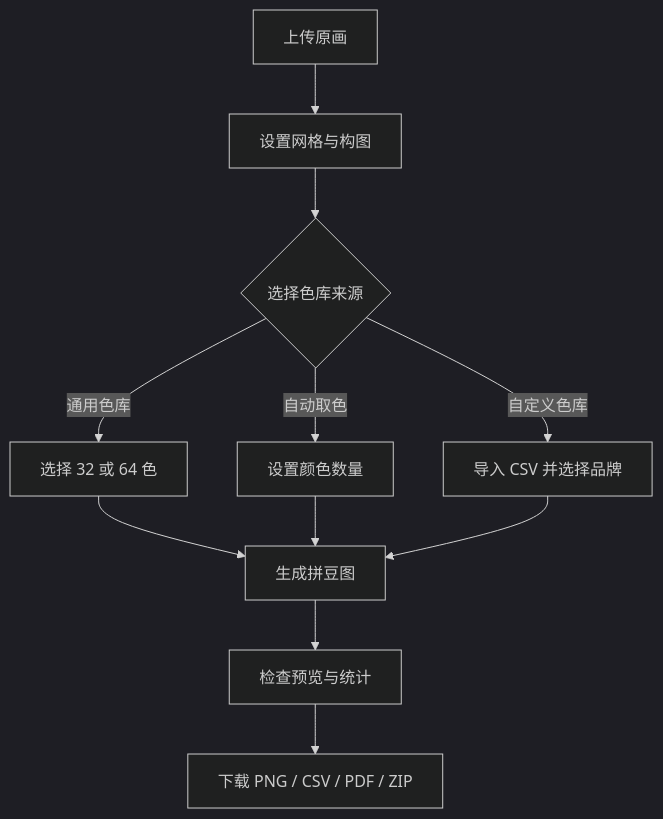
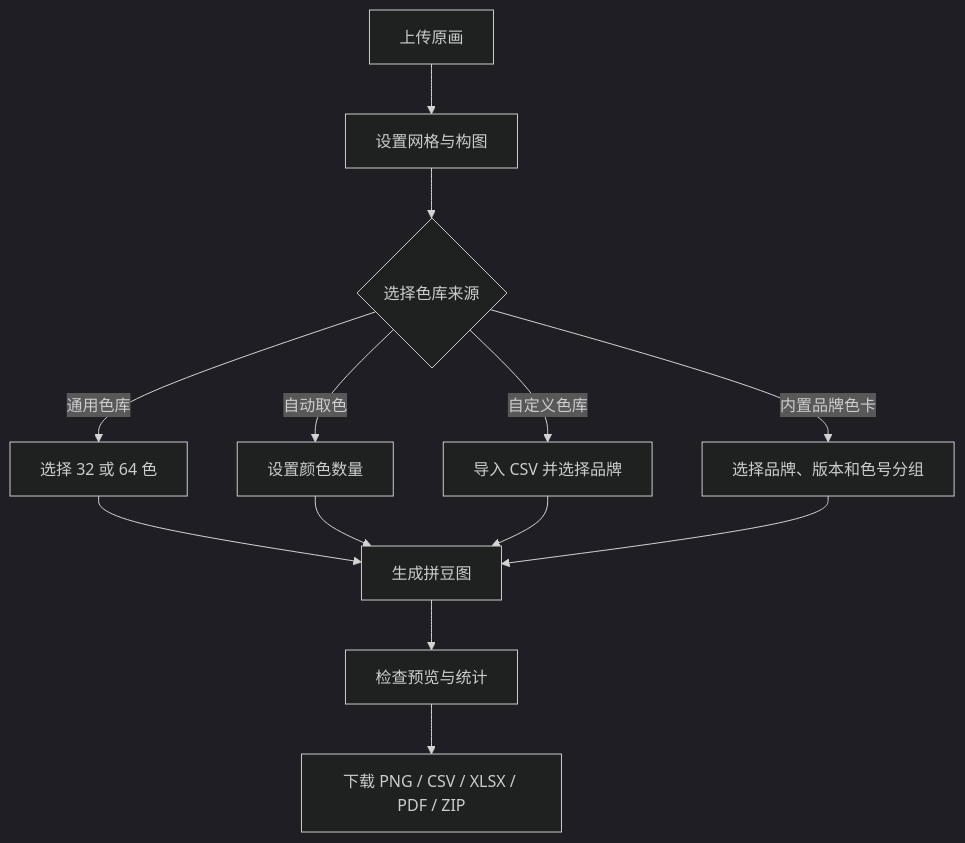
One commit to JackLee889/bead-maker changed the diagram in docs/PRD.md. Above: the diagram before and after it, drawn with Mermaid (dark theme). The commit also changed other lines of this file and 36 other files, not shown here.

````diff
--- a/docs/PRD.md
+++ b/docs/PRD.md
@@ -67,13 +68,15 @@
 ```mermaid
 flowchart TD
     A[上传原画] --> B[设置网格与构图]
     B --> C{选择色库来源}
     C -->|通用色库| D[选择 32 或 64 色]
+    C -->|内置品牌色卡| J[选择品牌、版本和色号分组]
     C -->|自动取色| E[设置颜色数量]
     C -->|自定义色库| F[导入 CSV 并选择品牌]
     D --> G[生成拼豆图]
     E --> G
     F --> G
+    J --> G
     G --> H[检查预览与统计]
-    H --> I[下载 PNG / CSV / PDF / ZIP]
+    H --> I[下载 PNG / CSV / XLSX / PDF / ZIP]
 ```
````
